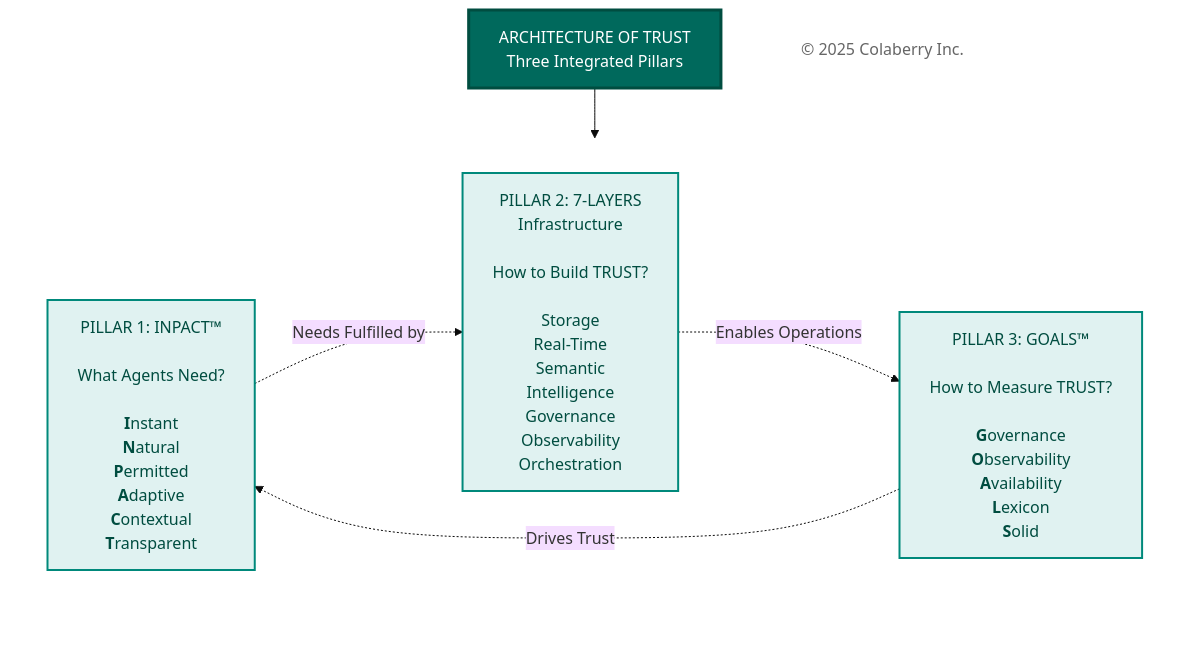
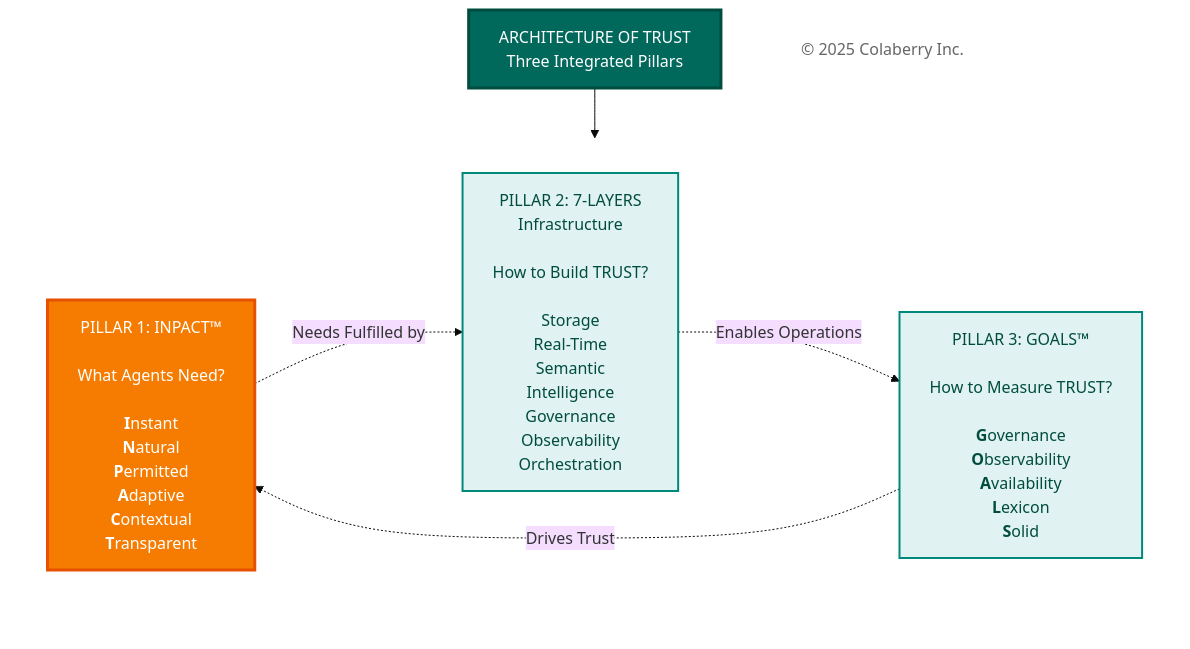
Before and after one commit to saitejesh-cyber/trust-before-intelligence-book: the second of 12 diagrams in manuscript/03_chapter_2_inpact_framework_v3_7.md, drawn with Mermaid (base theme).

Commit message:
highligting diagram 1 as INPACT as the focus
highligting diagram 1 as INPACT as the focus

````diff
--- a/manuscript/03_chapter_2_inpact_framework_v3_7.md
+++ b/manuscript/03_chapter_2_inpact_framework_v3_7.md
@@ -63,33 +63,33 @@
 ```mermaid
 
 
 graph TB
     Title["ARCHITECTURE OF TRUST<br/>Three Integrated Pillars"]
     
     subgraph PILLARS[" "]
         direction LR
         INPACT["PILLAR 1: INPACT™<br/><br/>What Agents Need?<br/><br/><b>I</b>nstant<br/><b>N</b>atural<br/><b>P</b>ermitted<br/><b>A</b>daptive<br/><b>C</b>ontextual<br/><b>T</b>ransparent"]
         
         Layers["PILLAR 2: 7-LAYERS<br/>Infrastructure<br/><br/>How to Build TRUST?<br/><br/>Storage<br/>Real-Time<br/>Semantic<br/>Intelligence<br/>Governance<br/>Observability<br/>Orchestration"]
         
         GOALS["PILLAR 3: GOALS™<br/><br/>How to Measure TRUST?<br/><br/><b>G</b>overnance<br/><b>O</b>bservability<br/><b>A</b>vailability<br/><b>L</b>exicon<br/><b>S</b>olid"]
     end
     
     Copyright["© 2025 Colaberry Inc."]
     
     Title --> PILLARS
     
     INPACT -.->|"Needs Fulfilled by"| Layers
     Layers -.->|"Enables Operations"| GOALS
     GOALS -.->|"Drives Trust"| INPACT
     
     style Title fill:#00695c,color:#ffffff,stroke:#004d40,stroke-width:3px
     style PILLARS fill:none,stroke:none
-    style INPACT fill:#e0f2f1,stroke:#00897b,stroke-width:2px,color:#004d40
+    style INPACT fill:#f57c00,stroke:#e65100,stroke-width:3px,color:#ffffff
     style Layers fill:#e0f2f1,stroke:#00897b,stroke-width:2px,color:#004d40
     style GOALS fill:#e0f2f1,stroke:#00897b,stroke-width:2px,color:#004d40
     style Copyright fill:#ffffff,stroke:none,color:#666666
 
 
 
 ```
````
